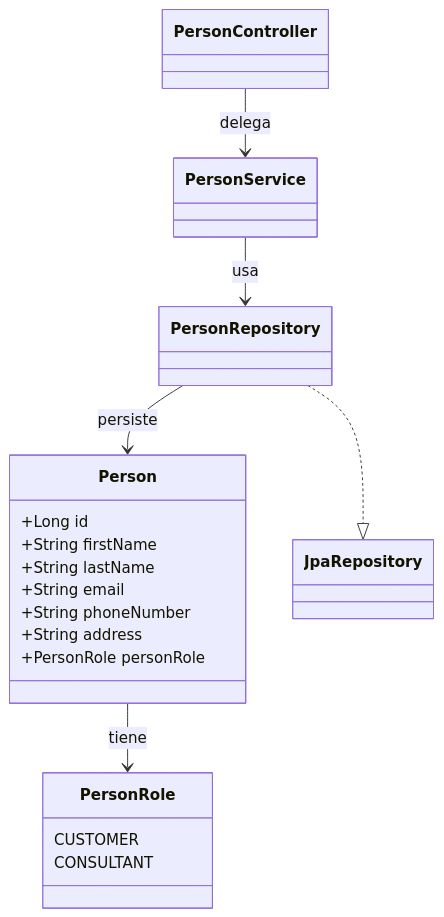
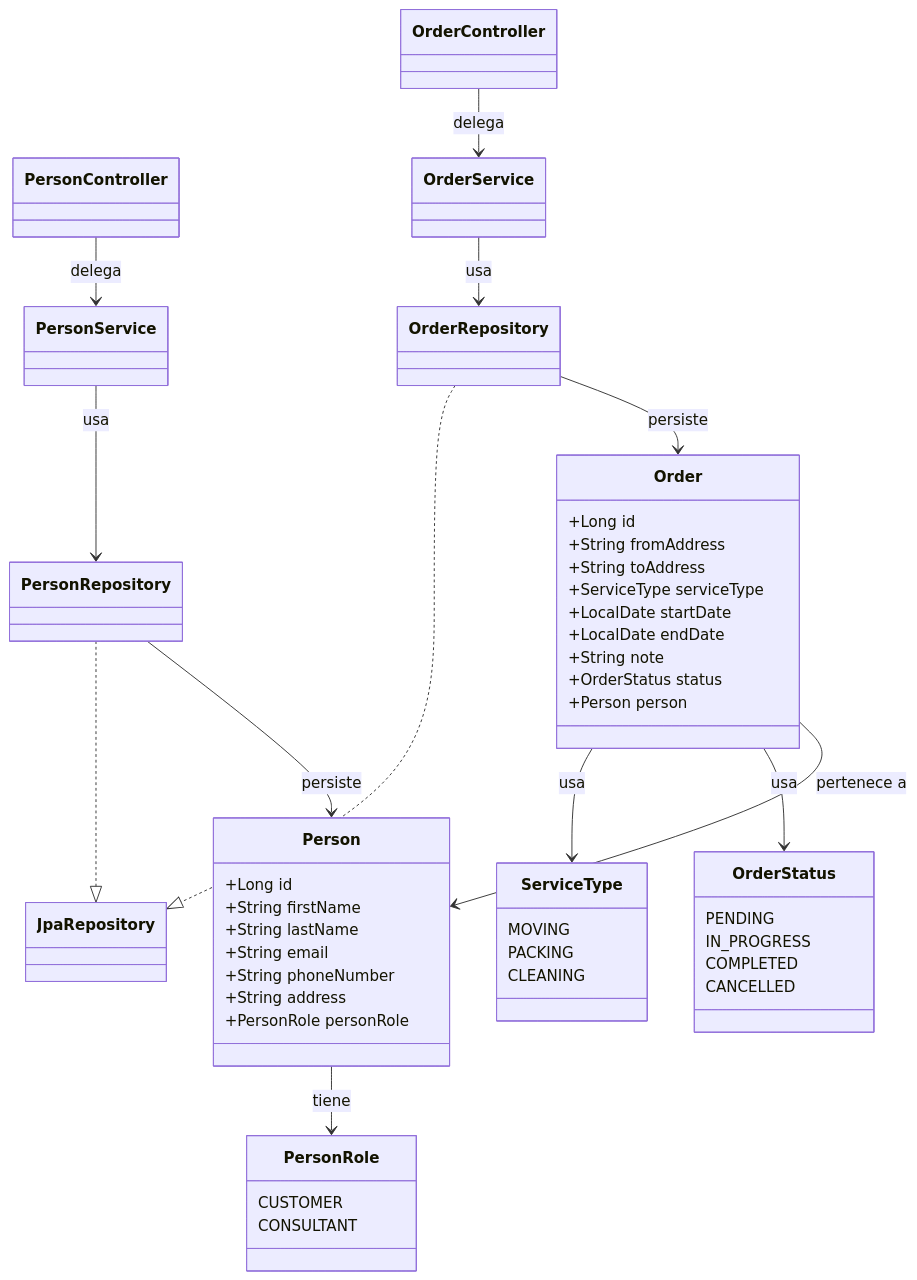
The diagram in diagram.mmd (andryous/tmc-backend), drawn with Mermaid before and after one commit. The commit also changed 8 other files, not shown here.

```diff
--- a/diagram.mmd
+++ b/diagram.mmd
@@ -1,26 +1,64 @@
 classDiagram
     class Person {
         +Long id
         +String firstName
         +String lastName
         +String email
         +String phoneNumber
         +String address
         +PersonRole personRole
     }
 
     class PersonRole {
         CUSTOMER
         CONSULTANT
     }
 
+    class Order {
+        +Long id
+        +String fromAddress
+        +String toAddress
+        +ServiceType serviceType
+        +LocalDate startDate
+        +LocalDate endDate
+        +String note
+        +OrderStatus status
+        +Person person
+    }
+
+    class ServiceType {
+        MOVING
+        PACKING
+        CLEANING
+    }
+
+    class OrderStatus {
+        PENDING
+        IN_PROGRESS
+        COMPLETED
+        CANCELLED
+    }
+
     class PersonRepository
     PersonRepository ..|> JpaRepository
 
     class PersonService
     class PersonController
 
     PersonService --> PersonRepository : usa
     PersonController --> PersonService : delega
     PersonRepository --> Person : persiste
     Person --> PersonRole : tiene
+
+    class OrderRepository
+    OrderRepository ..|> JpaRepository
+
+    class OrderService
+    class OrderController
+
+    OrderService --> OrderRepository : usa
+    OrderController --> OrderService : delega
+    OrderRepository --> Order : persiste
+    Order --> ServiceType : usa
+    Order --> OrderStatus : usa
+    Order --> Person : pertenece a
```
